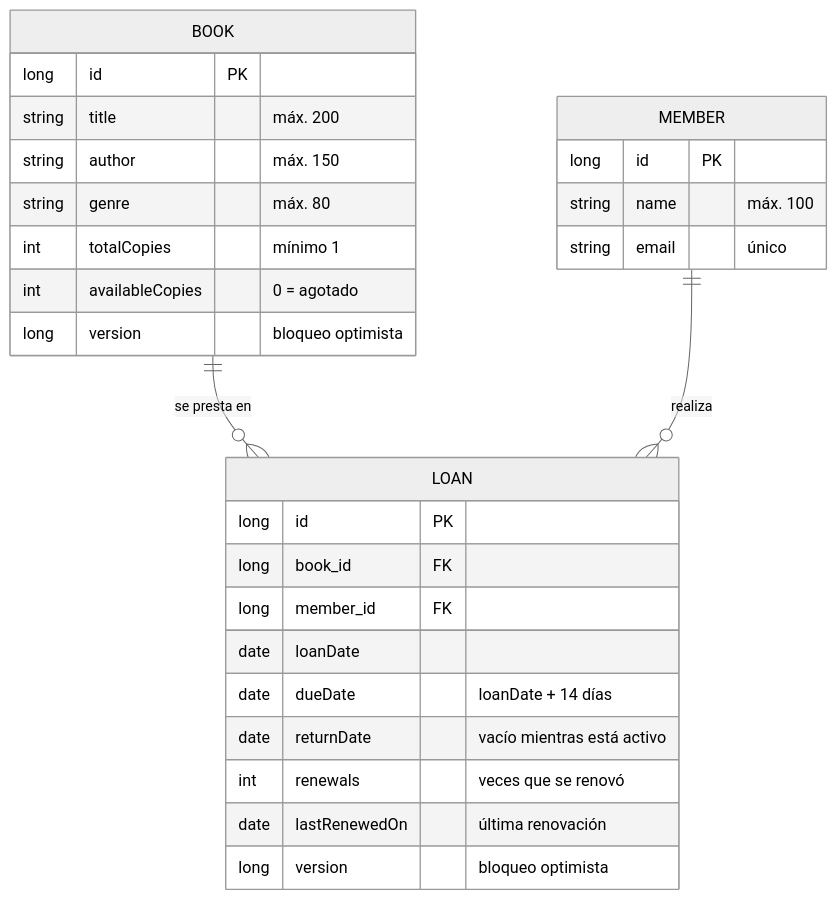
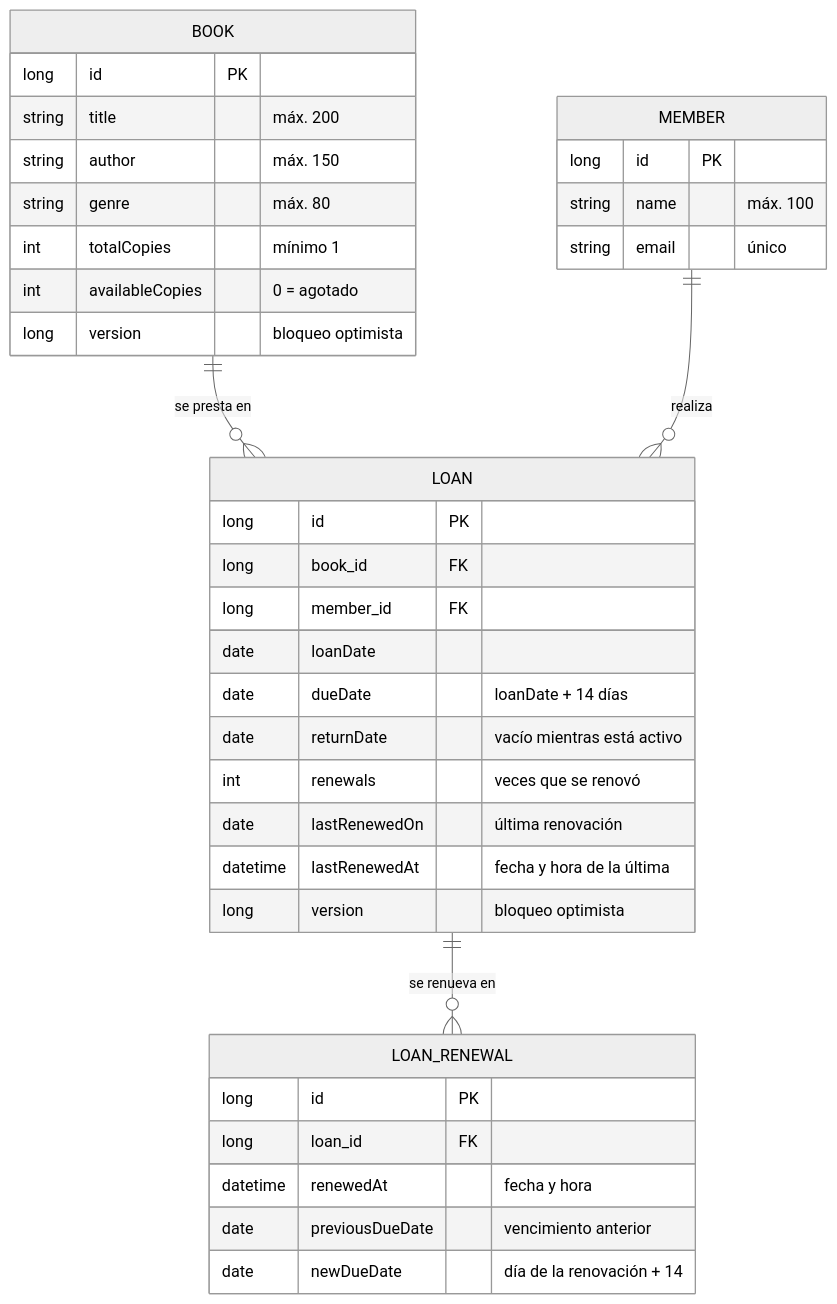
The third of 11 diagrams in README.md (zseuz/biblioteca), drawn with Mermaid (neutral theme) before and after one commit. The commit also changed other lines of this file, not shown here.

Commit message:
docs(readme): historial de renovaciones y una renovación por día

````diff
--- a/README.md
+++ b/README.md
@@ -275,30 +275,39 @@
 ```mermaid
 erDiagram
     BOOK ||--o{ LOAN : "se presta en"
     MEMBER ||--o{ LOAN : "realiza"
+    LOAN ||--o{ LOAN_RENEWAL : "se renueva en"
     BOOK {
         long id PK
         string title "máx. 200"
         string author "máx. 150"
         string genre "máx. 80"
         int totalCopies "mínimo 1"
         int availableCopies "0 = agotado"
         long version "bloqueo optimista"
     }
     MEMBER {
         long id PK
         string name "máx. 100"
         string email "único"
     }
     LOAN {
         long id PK
         long book_id FK
         long member_id FK
         date loanDate
         date dueDate "loanDate + 14 días"
         date returnDate "vacío mientras está activo"
         int renewals "veces que se renovó"
         date lastRenewedOn "última renovación"
+        datetime lastRenewedAt "fecha y hora de la última"
         long version "bloqueo optimista"
     }
+    LOAN_RENEWAL {
+        long id PK
+        long loan_id FK
+        datetime renewedAt "fecha y hora"
+        date previousDueDate "vencimiento anterior"
+        date newDueDate "día de la renovación + 14"
+    }
 ```
````
